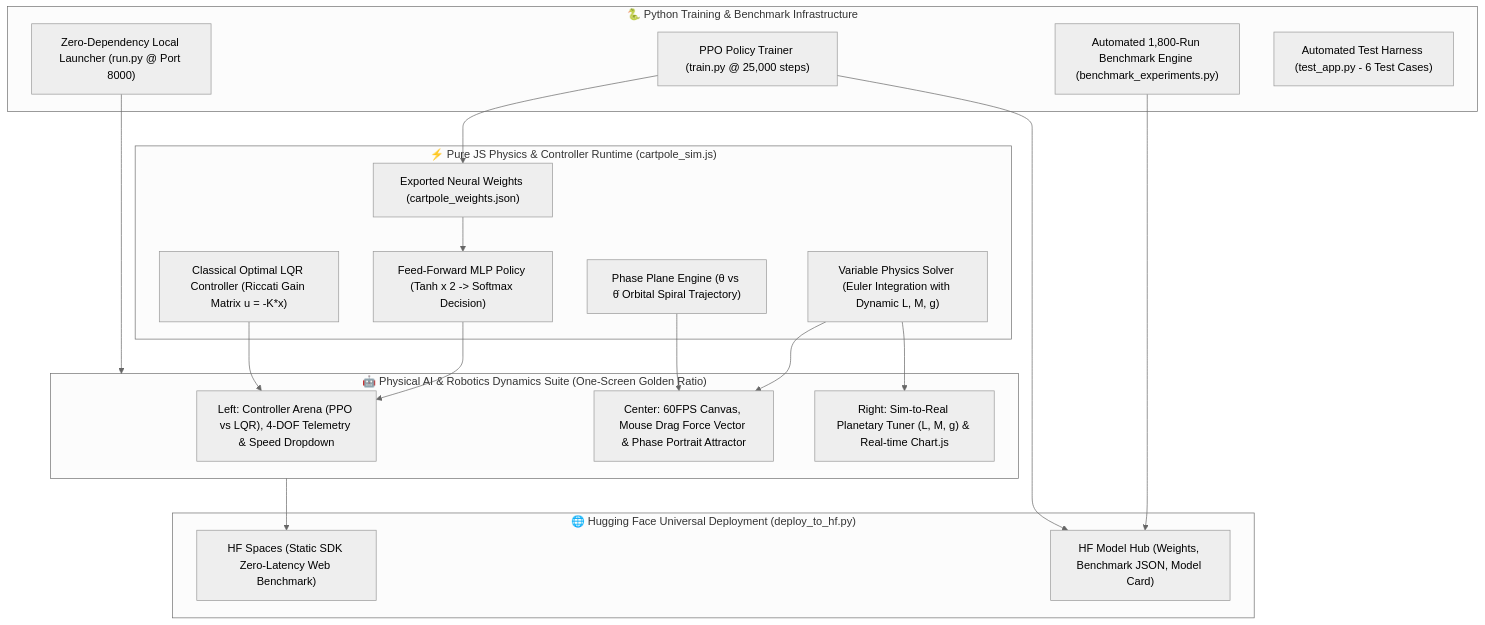
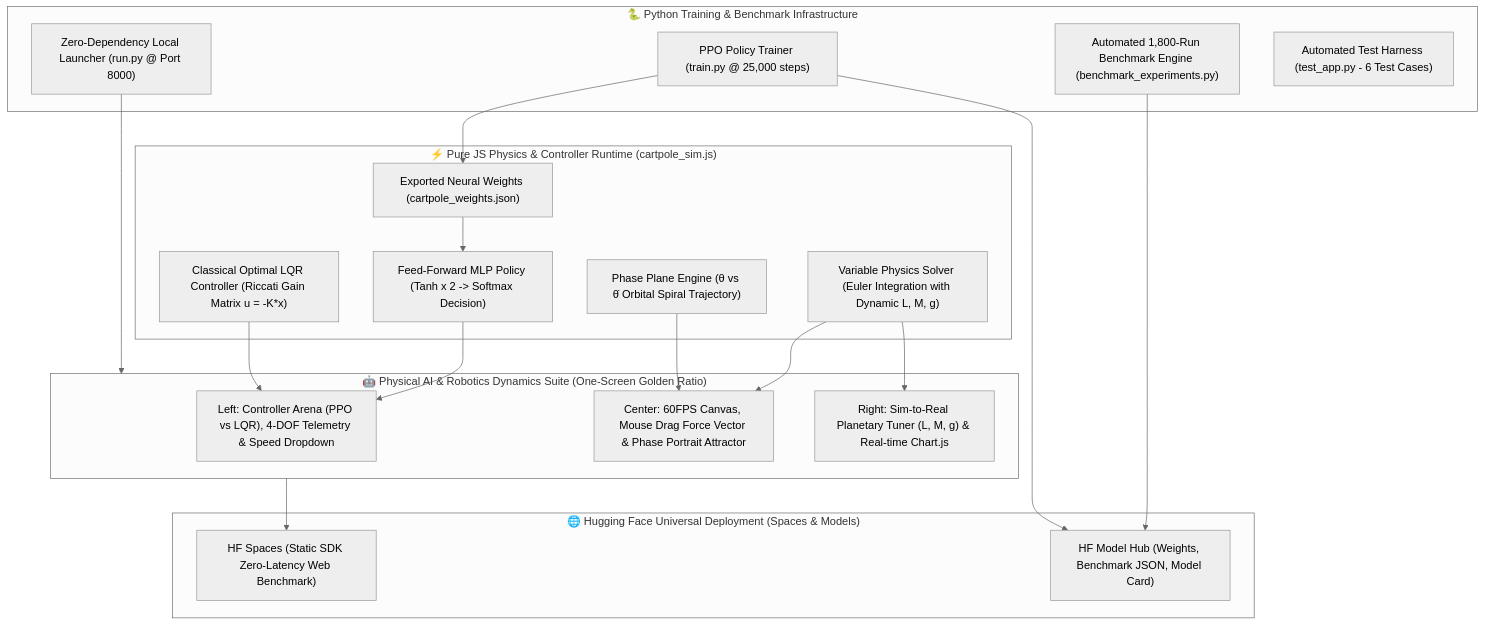
One commit to Hwihwa-Lab/cartpole-v1-ppo changed the diagram in README.md. Above: the diagram before and after it, drawn with Mermaid (neutral theme). The commit also changed other lines of this file and 1 other file, not shown here.

Commit message:
docs: align repository manifest strictly with Hugging Face Model Hub tree

````diff
--- a/README.md
+++ b/README.md
@@ -94,40 +94,40 @@
 ```mermaid
 flowchart TB
     subgraph Client_Layer ["🤖 Physical AI & Robotics Dynamics Suite (One-Screen Golden Ratio)"]
         UI_Left["Left: Controller Arena (PPO vs LQR), 4-DOF Telemetry & Speed Dropdown"]
         UI_Center["Center: 60FPS Canvas, Mouse Drag Force Vector & Phase Portrait Attractor"]
         UI_Right["Right: Sim-to-Real Planetary Tuner (L, M, g) & Real-time Chart.js"]
     end
 
     subgraph Core_Engine ["⚡ Pure JS Physics & Controller Runtime (cartpole_sim.js)"]
         Physics["Variable Physics Solver (Euler Integration with Dynamic L, M, g)"]
         LQR_Ctrl["Classical Optimal LQR Controller (Riccati Gain Matrix u = -K*x)"]
         PPO_Ctrl["Feed-Forward MLP Policy (Tanh x 2 -> Softmax Decision)"]
         PhasePlot["Phase Plane Engine (θ vs θ̇ Orbital Spiral Trajectory)"]
         WeightsJSON["Exported Neural Weights (cartpole_weights.json)"]
     end
 
     subgraph Python_Backend ["🐍 Python Training & Benchmark Infrastructure"]
         Trainer["PPO Policy Trainer (train.py @ 25,000 steps)"]
         Benchmark["Automated 1,800-Run Benchmark Engine (benchmark_experiments.py)"]
         LocalServer["Zero-Dependency Local Launcher (run.py @ Port 8000)"]
         TestSuite["Automated Test Harness (test_app.py - 6 Test Cases)"]
     end
 
-    subgraph Hub_Distribution ["🌐 Hugging Face Universal Deployment (deploy_to_hf.py)"]
+    subgraph Hub_Distribution ["🌐 Hugging Face Universal Deployment (Spaces & Models)"]
         Spaces["HF Spaces (Static SDK Zero-Latency Web Benchmark)"]
         Models["HF Model Hub (Weights, Benchmark JSON, Model Card)"]
     end
 
     WeightsJSON --> PPO_Ctrl
     Physics --> UI_Center
     PPO_Ctrl --> UI_Left
     LQR_Ctrl --> UI_Left
     PhasePlot --> UI_Center
     Physics --> UI_Right
     Trainer --> WeightsJSON
     Benchmark --> Models
     LocalServer --> Client_Layer
     Client_Layer --> Spaces
     Trainer --> Models
 ```
````
